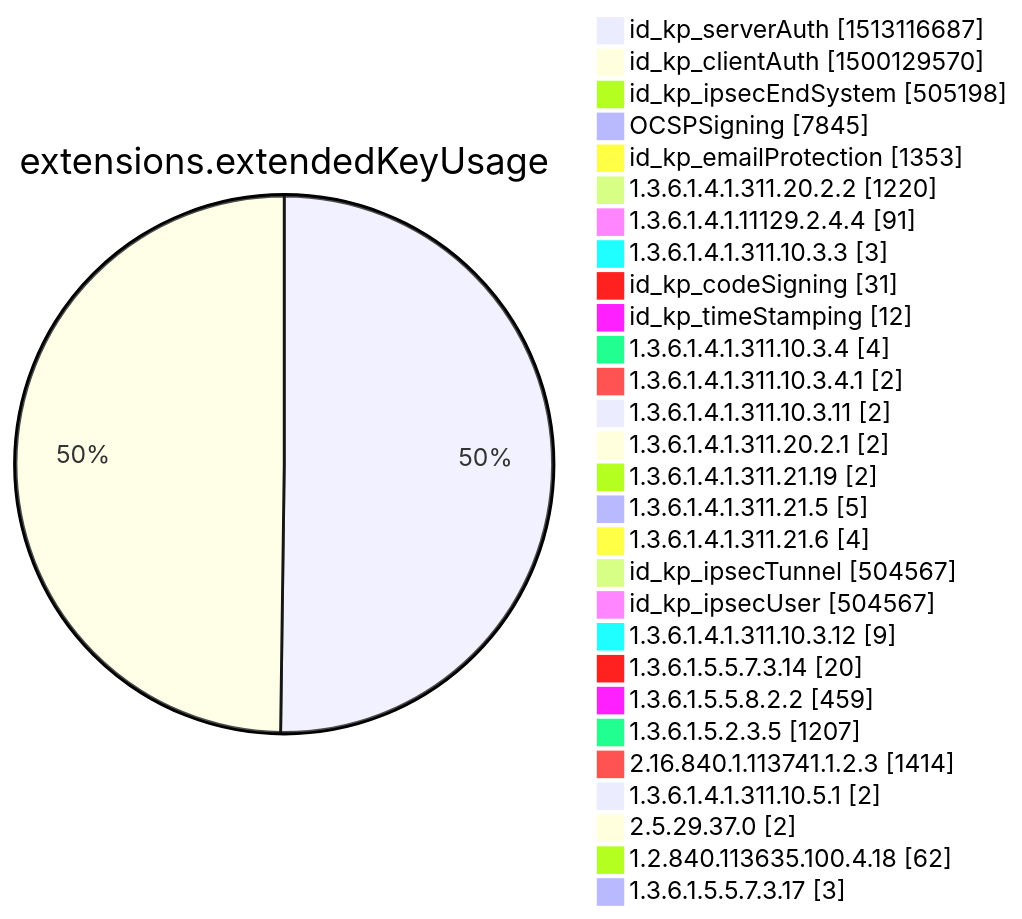
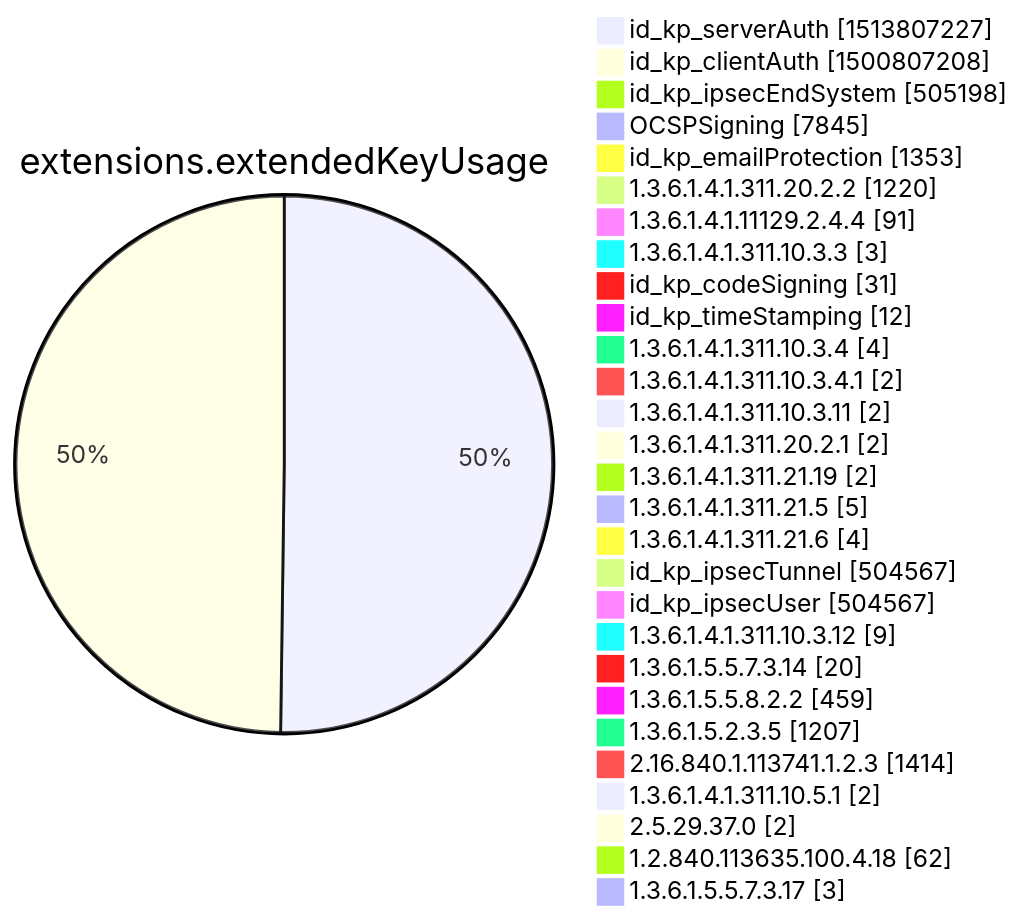
Diagram 12 of 15 in xenon2022/README.md (christiankrug/ctmonitor_visualization), drawn with Mermaid before and after one commit. The commit also changed other lines of this file, not shown here.

````diff
--- a/xenon2022/README.md
+++ b/xenon2022/README.md
@@ -3877,32 +3877,32 @@
 ```mermaid
 pie showData
 title extensions.extendedKeyUsage
-"id_kp_serverAuth" :1513116687
-"id_kp_clientAuth" :1500129570
+"id_kp_serverAuth" :1513807227
+"id_kp_clientAuth" :1500807208
 "id_kp_ipsecEndSystem" :505198
 "OCSPSigning" :7845
 "id_kp_emailProtection" :1353
 "1.3.6.1.4.1.311.20.2.2" :1220
 "1.3.6.1.4.1.11129.2.4.4" :91
 "1.3.6.1.4.1.311.10.3.3" :3
 "id_kp_codeSigning" :31
 "id_kp_timeStamping" :12
 "1.3.6.1.4.1.311.10.3.4" :4
 "1.3.6.1.4.1.311.10.3.4.1" :2
 "1.3.6.1.4.1.311.10.3.11" :2
 "1.3.6.1.4.1.311.20.2.1" :2
 "1.3.6.1.4.1.311.21.19" :2
 "1.3.6.1.4.1.311.21.5" :5
 "1.3.6.1.4.1.311.21.6" :4
 "id_kp_ipsecTunnel" :504567
 "id_kp_ipsecUser" :504567
 "1.3.6.1.4.1.311.10.3.12" :9
 "1.3.6.1.5.5.7.3.14" :20
 "1.3.6.1.5.5.8.2.2" :459
 "1.3.6.1.5.2.3.5" :1207
 "2.16.840.1.113741.1.2.3" :1414
 "1.3.6.1.4.1.311.10.5.1" :2
 "2.5.29.37.0" :2
 "1.2.840.113635.100.4.18" :62
 "1.3.6.1.5.5.7.3.17" :3
 ```
````
